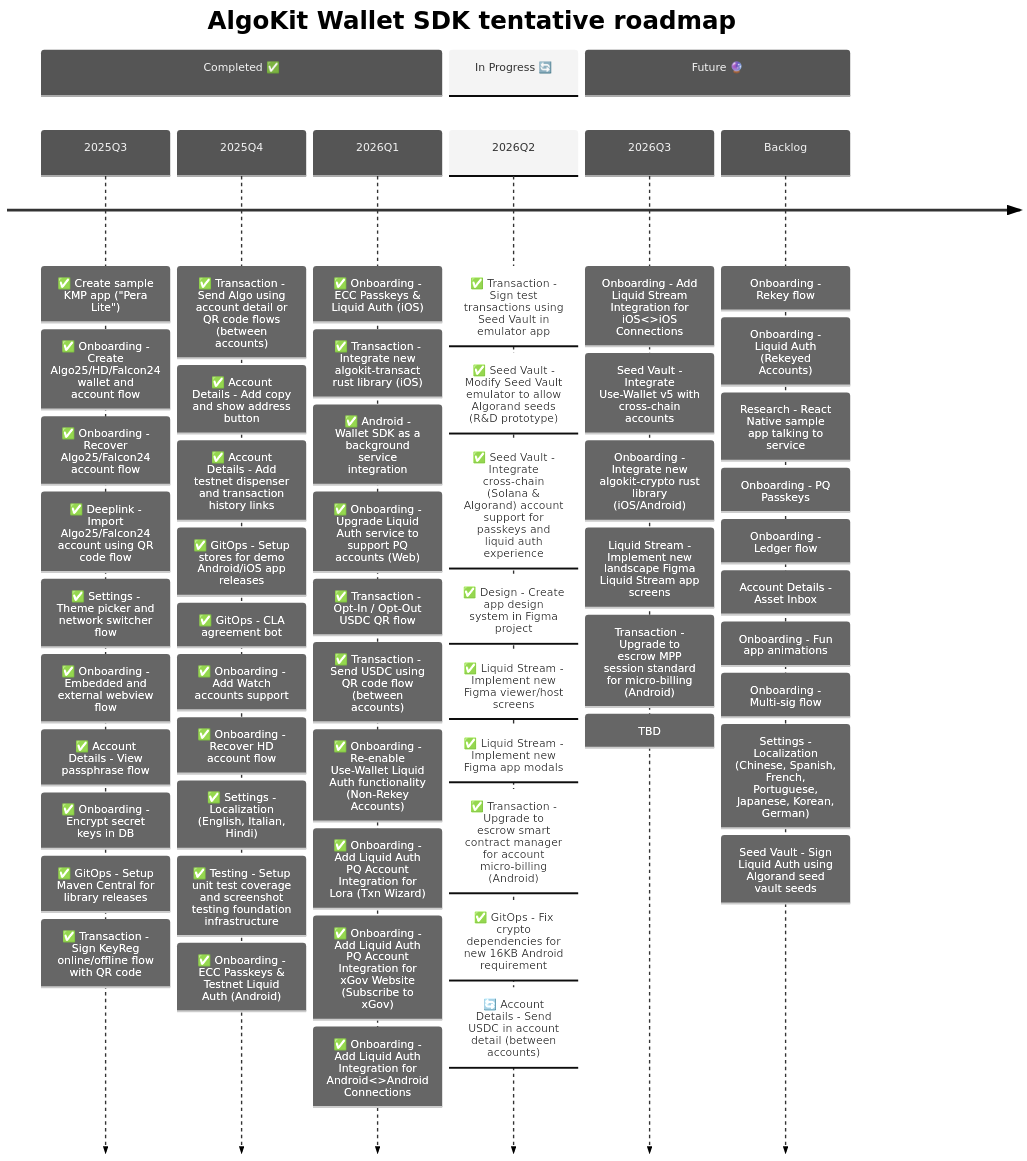
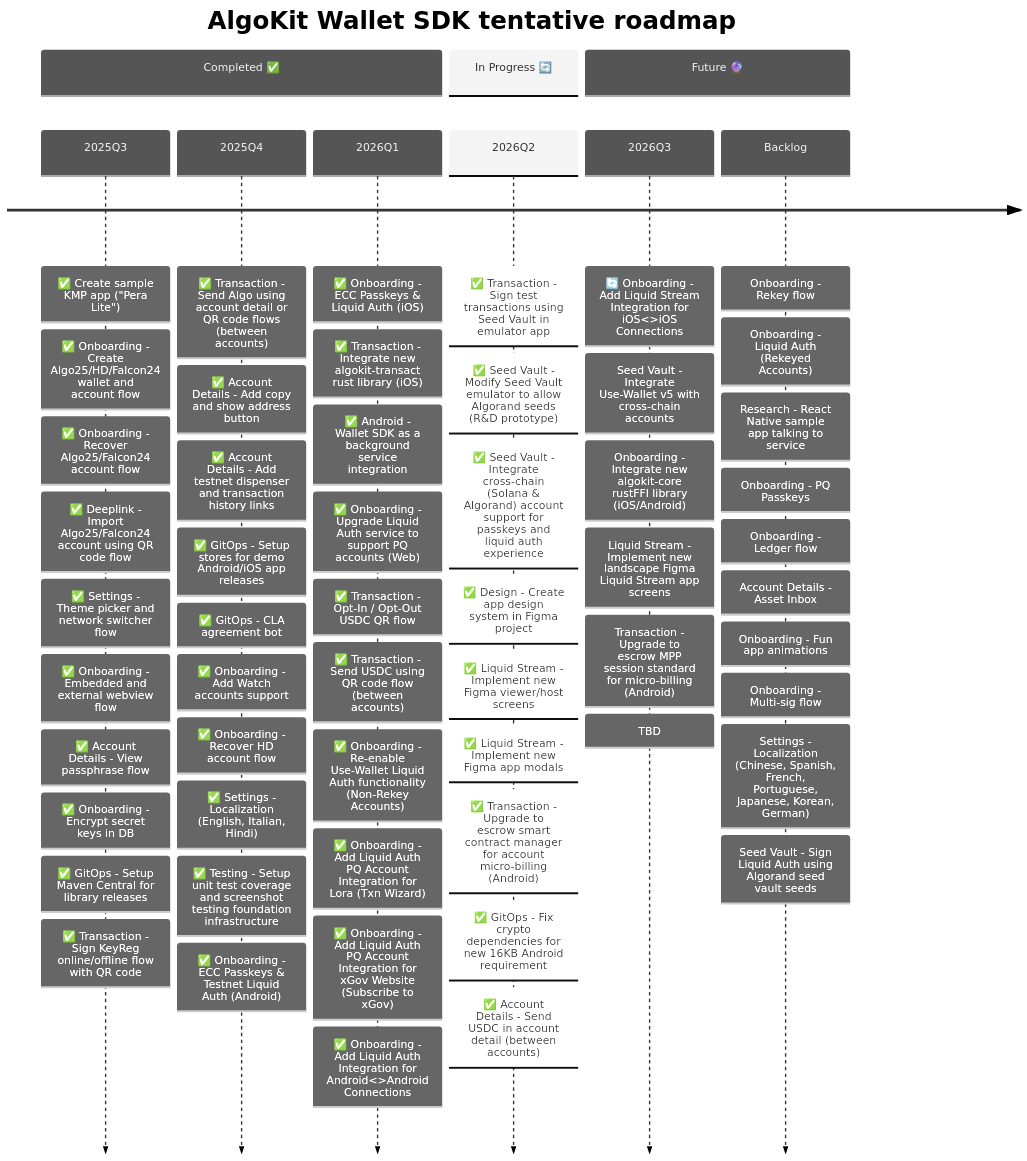
The second of 3 diagrams in README.md (michaeltchuangllc/algokit-walletsdk-kmp), drawn with Mermaid before and after one commit. The commit also changed other lines of this file and 24 other files, not shown here.

Commit message:
feat: add send USDC to another account (#310)

````diff
--- a/README.md
+++ b/README.md
@@ -69,72 +69,72 @@
 ```mermaid
 ---
 config:
   theme: 'neutral'
 ---
 timeline
     title AlgoKit Wallet SDK tentative roadmap
 
     section Completed ✅
     2025Q3  : ✅ Create sample KMP app ("Pera Lite")
             : ✅ Onboarding - Create Algo25/HD/Falcon24 wallet and account flow
             : ✅ Onboarding - Recover Algo25/Falcon24 account flow
             : ✅ Deeplink - Import Algo25/Falcon24 account using QR code flow
             : ✅ Settings - Theme picker and network switcher flow
             : ✅ Onboarding - Embedded and external webview flow
             : ✅ Account Details - View passphrase flow
             : ✅ Onboarding - Encrypt secret keys in DB
             : ✅ GitOps - Setup Maven Central for library releases
             : ✅ Transaction - Sign KeyReg online/offline flow with QR code
 
     2025Q4  : ✅ Transaction - Send Algo using account detail or QR code flows (between accounts)
             : ✅ Account Details - Add copy and show address button
             : ✅ Account Details - Add testnet dispenser and transaction history links
             : ✅ GitOps - Setup stores for demo Android/iOS app releases
             : ✅ GitOps - CLA agreement bot
             : ✅ Onboarding - Add Watch accounts support
             : ✅ Onboarding - Recover HD account flow
             : ✅ Settings - Localization (English, Italian, Hindi)
             : ✅ Testing - Setup unit test coverage and screenshot testing foundation infrastructure
             : ✅ Onboarding - ECC Passkeys & Testnet Liquid Auth (Android)
 
     2026Q1  : ✅ Onboarding - ECC Passkeys & Liquid Auth (iOS)
             : ✅ Transaction - Integrate new algokit-transact rust library (iOS)
             : ✅ Android - Wallet SDK as a background service integration
             : ✅ Onboarding - Upgrade Liquid Auth service to support PQ accounts (Web)
             : ✅ Transaction - Opt-In / Opt-Out USDC QR flow
             : ✅ Transaction - Send USDC using QR code flow (between accounts)
             : ✅ Onboarding - Re-enable Use-Wallet Liquid Auth functionality (Non-Rekey Accounts)
             : ✅ Onboarding - Add Liquid Auth PQ Account Integration for Lora (Txn Wizard)
             : ✅ Onboarding - Add Liquid Auth PQ Account Integration for xGov Website (Subscribe to xGov)
             : ✅ Onboarding - Add Liquid Auth Integration for Android<>Android Connections
 
     section In Progress 🔄
     2026Q2  : ✅ Transaction - Sign test transactions using Seed Vault in emulator app
             : ✅ Seed Vault - Modify Seed Vault emulator to allow Algorand seeds (R&D prototype)
             : ✅ Seed Vault - Integrate cross-chain (Solana & Algorand) account support for passkeys and liquid auth experience
             : ✅ Design - Create app design system in Figma project
             : ✅ Liquid Stream - Implement new Figma viewer/host screens
             : ✅ Liquid Stream - Implement new Figma app modals
             : ✅ Transaction - Upgrade to escrow smart contract manager for account micro-billing (Android)
             : ✅ GitOps - Fix crypto dependencies for new 16KB Android requirement
-            : 🔄 Account Details - Send USDC in account detail (between accounts)
+            : ✅ Account Details - Send USDC in account detail (between accounts)
             
     section Future 🔮
-     2026Q3  : Onboarding - Add Liquid Stream Integration for iOS<>iOS Connections
+     2026Q3  : 🔄 Onboarding - Add Liquid Stream Integration for iOS<>iOS Connections
              : Seed Vault - Integrate Use-Wallet v5 with cross-chain accounts
-             : Onboarding - Integrate new algokit-crypto rust library (iOS/Android)
+             : Onboarding - Integrate new algokit-core rustFFI library (iOS/Android)
              : Liquid Stream - Implement new landscape Figma Liquid Stream app screens
              : Transaction - Upgrade to escrow MPP session standard for micro-billing (Android)
              : TBD
     Backlog
             : Onboarding - Rekey flow
             : Onboarding - Liquid Auth (Rekeyed Accounts)
             : Research - React Native sample app talking to service
             : Onboarding - PQ Passkeys
             : Onboarding - Ledger flow
             : Account Details - Asset Inbox
             : Onboarding - Fun app animations
             : Onboarding - Multi-sig flow
             : Settings - Localization (Chinese, Spanish, French, Portuguese, Japanese, Korean, German)
             : Seed Vault - Sign Liquid Auth using Algorand seed vault seeds
 ```
````
